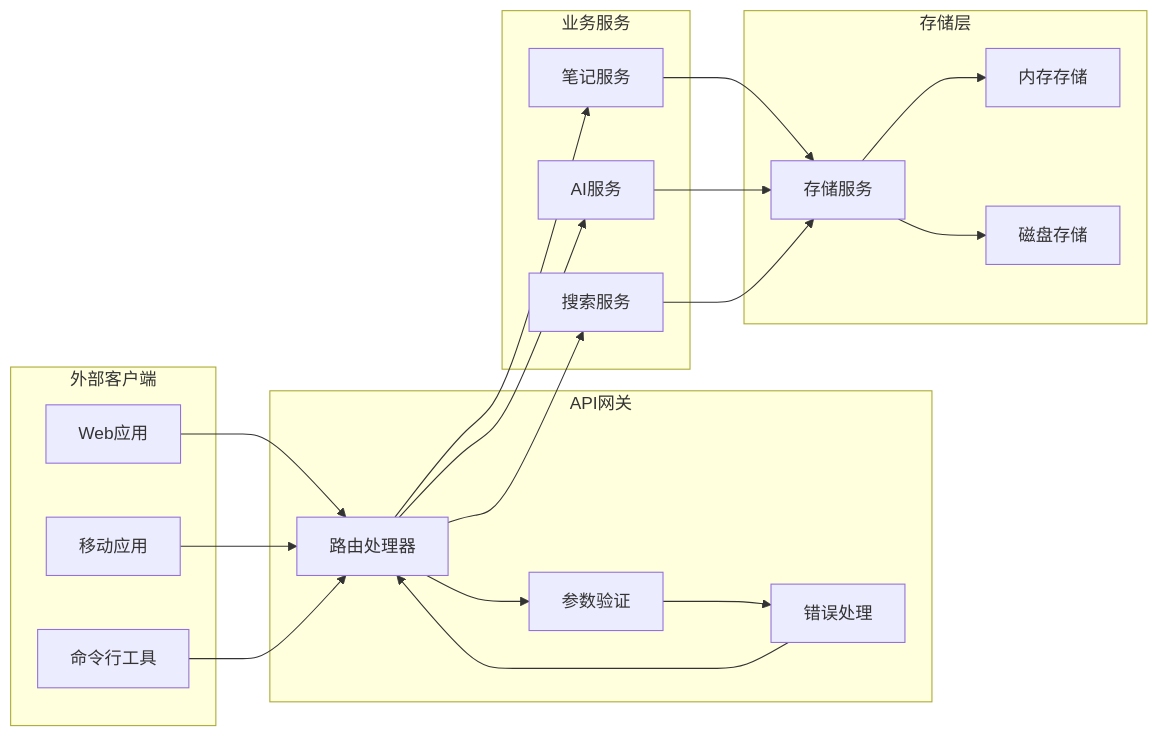
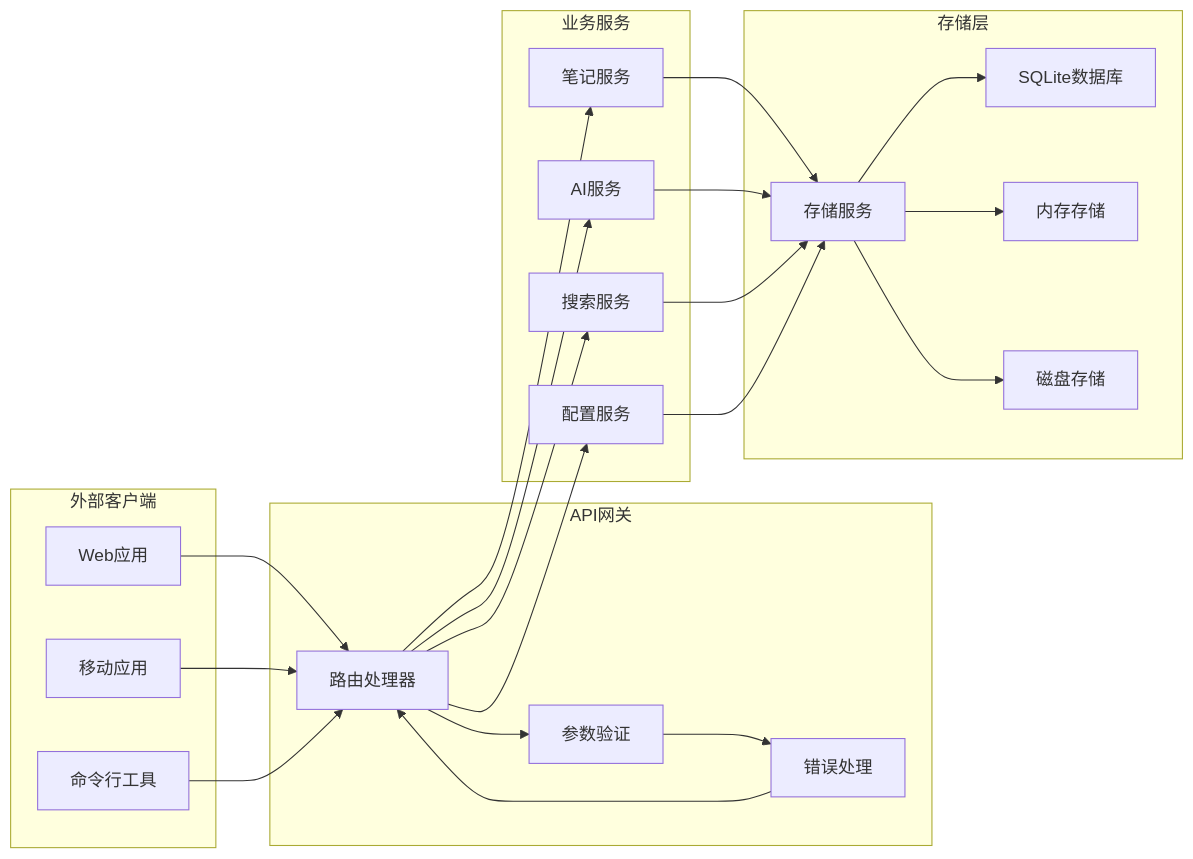
Before and after one commit to acproject/tomato_notebook: the third of 5 diagrams in .qoder/repowiki/zh/content/API接口文档/API接口文档.md, drawn with Mermaid. The commit also changed other lines of this file and 14 other files, not shown here.

````diff
--- a/.qoder/repowiki/zh/content/API接口文档/API接口文档.md
+++ b/.qoder/repowiki/zh/content/API接口文档/API接口文档.md
@@ -133,37 +154,42 @@
 ```mermaid
 graph LR
 subgraph "外部客户端"
 Client[Web应用]
 Mobile[移动应用]
 CLI[命令行工具]
 end
 subgraph "API网关"
 Router[路由处理器]
 Validator[参数验证]
 ErrorHandler[错误处理]
 end
 subgraph "业务服务"
 NoteService[笔记服务]
 AIService[AI服务]
 SearchService[搜索服务]
+ConfigService[配置服务]
 end
 subgraph "存储层"
 Storage[存储服务]
+SQLite[SQLite数据库]
 Memory[内存存储]
 Disk[磁盘存储]
 end
 Client --> Router
 Mobile --> Router
 CLI --> Router
 Router --> Validator
 Validator --> ErrorHandler
 ErrorHandler --> Router
 Router --> NoteService
 Router --> AIService
 Router --> SearchService
+Router --> ConfigService
 NoteService --> Storage
 AIService --> Storage
 SearchService --> Storage
+ConfigService --> Storage
+Storage --> SQLite
 Storage --> Memory
 Storage --> Disk
 ```
````
